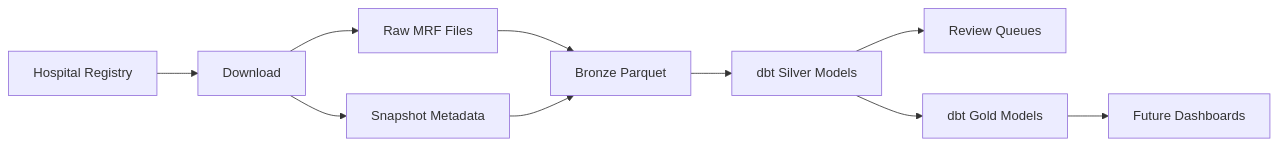
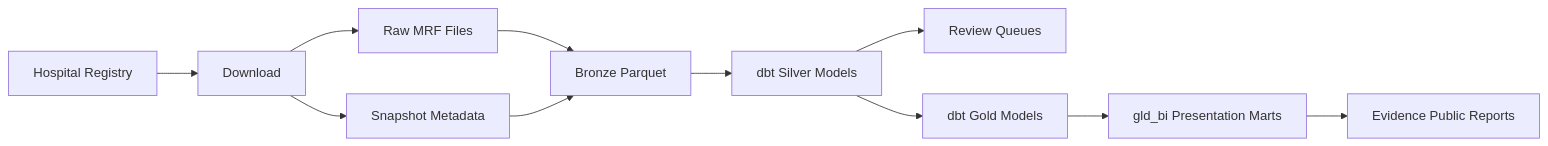
The diagram in README.md (jakegussler/hospital-price-transparency-analytics), drawn with Mermaid before and after one commit. The commit also changed other lines of this file and 9 other files, not shown here.

````diff
--- a/README.md
+++ b/README.md
@@ -329,12 +335,13 @@
 ```mermaid
 flowchart LR
   registry[Hospital Registry] --> download[Download]
   download --> raw[Raw MRF Files]
   download --> snapshots[Snapshot Metadata]
   raw --> bronze[Bronze Parquet]
   snapshots --> bronze
   bronze --> silver[dbt Silver Models]
   silver --> review[Review Queues]
   silver --> gold[dbt Gold Models]
-  gold --> dashboards[Future Dashboards]
+  gold --> bi[gld_bi Presentation Marts]
+  bi --> evidence[Evidence Public Reports]
 ```
````
